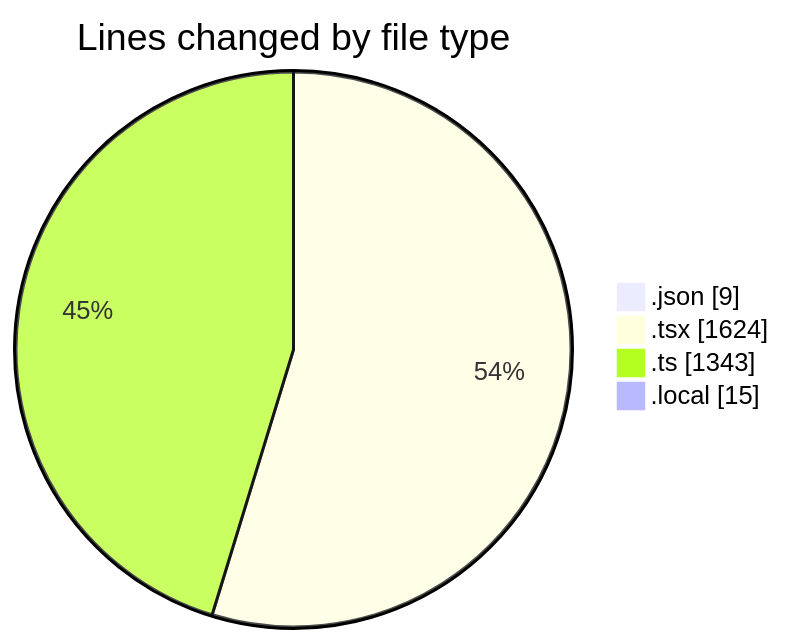
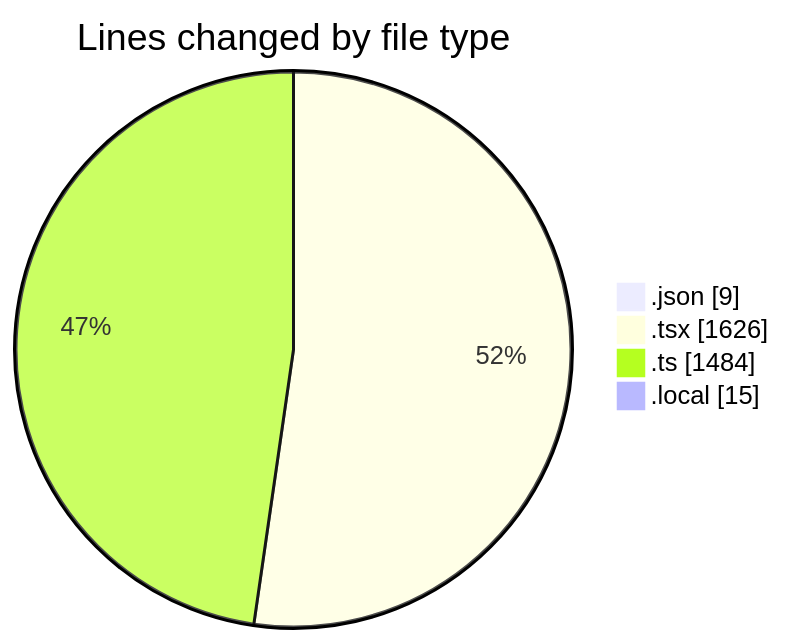
Before and after one commit to julien-gomy/code-tracking: the first of 2 diagrams in 2025-10-27/eventscop-frontend-guide__workspace_/README.md, drawn with Mermaid. The commit also changed other lines of this file and 1 other file, not shown here.

````diff
--- a/2025-10-27/eventscop-frontend-guide__workspace_/README.md
+++ b/2025-10-27/eventscop-frontend-guide__workspace_/README.md
@@ -35,8 +36,8 @@
 ```mermaid
 pie showData
 title Lines changed by file type
 ".json" : 9
-".tsx" : 1624
-".ts" : 1343
+".tsx" : 1626
+".ts" : 1484
 ".local" : 15
 ```
````
